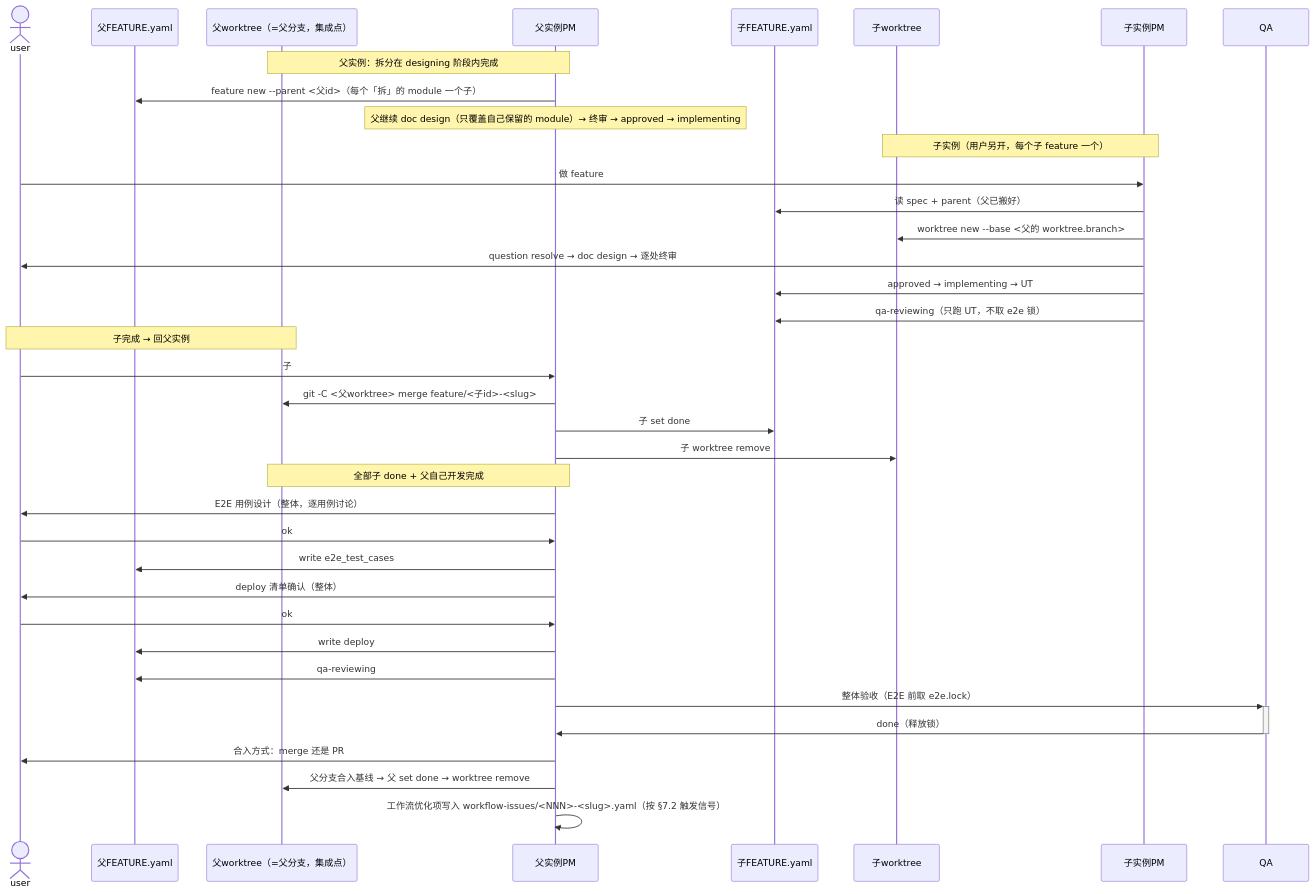
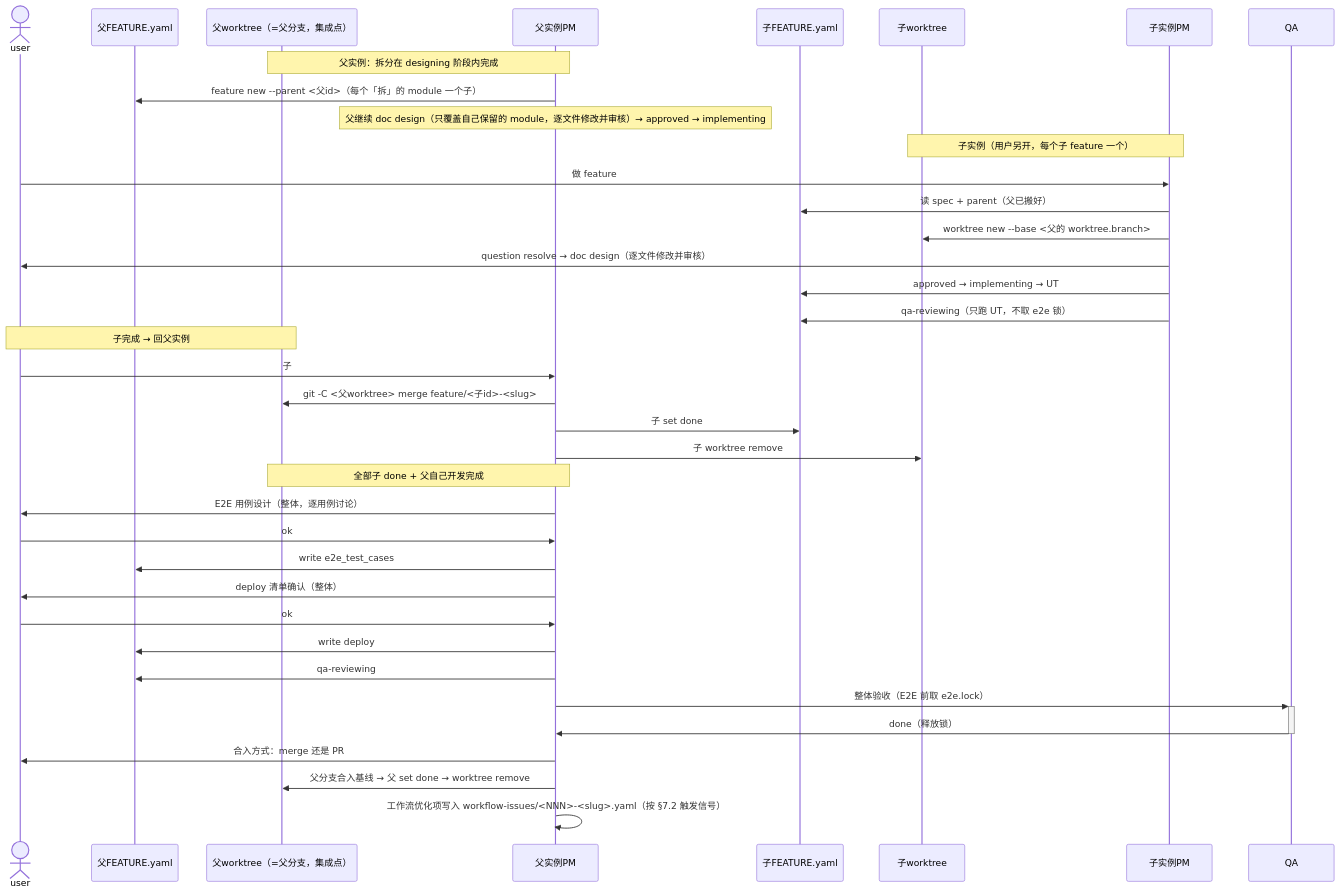
Before and after one commit to JoeyAssistant/skill-repo: the second of 3 diagrams in system-prompt/agent-factory/agent-pm.md, drawn with Mermaid. The commit also changed other lines of this file, not shown here.

````diff
--- a/system-prompt/agent-factory/agent-pm.md
+++ b/system-prompt/agent-factory/agent-pm.md
@@ -371,43 +371,43 @@
 ```mermaid
 sequenceDiagram
     actor user
     participant pf as 父FEATURE.yaml
     participant pw as 父worktree（=父分支，集成点）
     participant pm as 父实例PM
     participant cf as 子FEATURE.yaml
     participant cw as 子worktree
     participant cpm as 子实例PM
     participant qa as QA
 
     Note over pm,pw: 父实例：拆分在 designing 阶段内完成
     pm->>pf: feature new --parent <父id>（每个「拆」的 module 一个子）
-    Note over pm: 父继续 doc design（只覆盖自己保留的 module）→ 终审 → approved → implementing
+    Note over pm: 父继续 doc design（只覆盖自己保留的 module，逐文件修改并审核）→ approved → implementing
 
     Note over cpm,cw: 子实例（用户另开，每个子 feature 一个）
     user->>cpm: 做 feature #<子id>
     cpm->>cf: 读 spec + parent（父已搬好）
     cpm->>cw: worktree new --base <父的 worktree.branch>
-    cpm->>user: question resolve → doc design → 逐处终审
+    cpm->>user: question resolve → doc design（逐文件修改并审核）
     cpm->>cf: approved → implementing → UT
     cpm->>cf: qa-reviewing（只跑 UT，不取 e2e 锁）
 
     Note over user,pw: 子完成 → 回父实例
     user->>pm: 子 #<子id> 完成
     pm->>pw: git -C <父worktree> merge feature/<子id>-<slug>
     pm->>cf: 子 set done
     pm->>cw: 子 worktree remove
 
     Note over pm,pw: 全部子 done + 父自己开发完成
     pm->>user: E2E 用例设计（整体，逐用例讨论）
     user->>pm: ok
     pm->>pf: write e2e_test_cases
     pm->>user: deploy 清单确认（整体）
     user->>pm: ok
     pm->>pf: write deploy
     pm->>pf: qa-reviewing
     pm->>+qa: 整体验收（E2E 前取 e2e.lock）
     qa->>-pm: done（释放锁）
     pm->>user: 合入方式：merge 还是 PR
     pm->>pw: 父分支合入基线 → 父 set done → worktree remove
     pm->>pm: 工作流优化项写入 workflow-issues/<NNN>-<slug>.yaml（按 §7.2 触发信号）
 ```
````
